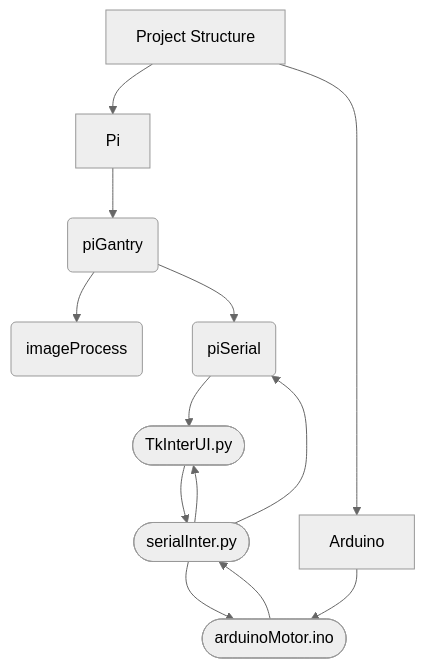
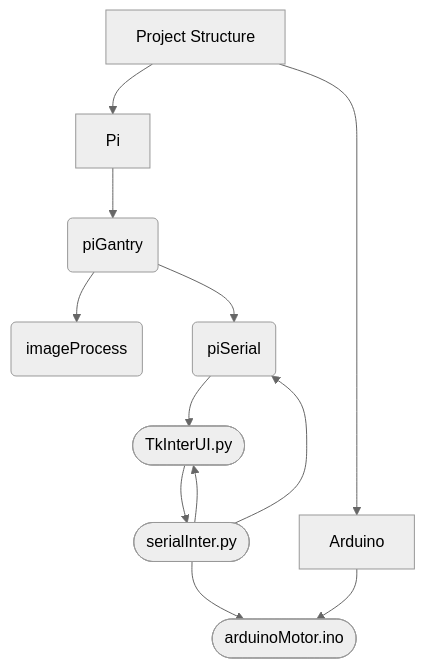
The diagram in mermaidJs/overviewGraph/flow.md.mermaid (CandidDisk/GantryBot), drawn with Mermaid (neutral theme) before and after one commit. The commit also changed other lines of this file, not shown here.

```diff
--- a/mermaidJs/overviewGraph/flow.md.mermaid
+++ b/mermaidJs/overviewGraph/flow.md.mermaid
@@ -1,17 +1,16 @@
 graph TD
   ganrob[Project Structure] --> Pi
   ganrob --> Arduino
 
   Pi --> B(piGantry)
   B --> C(imageProcess)
   B --> D(piSerial)
 
 
   E([serialInter.py]) --> D
   D --> F([TkInterUI.py])
   F --> E
   E --> F
   E --> loco
 
   Arduino --> loco([arduinoMotor.ino])
-  loco --> E
```
